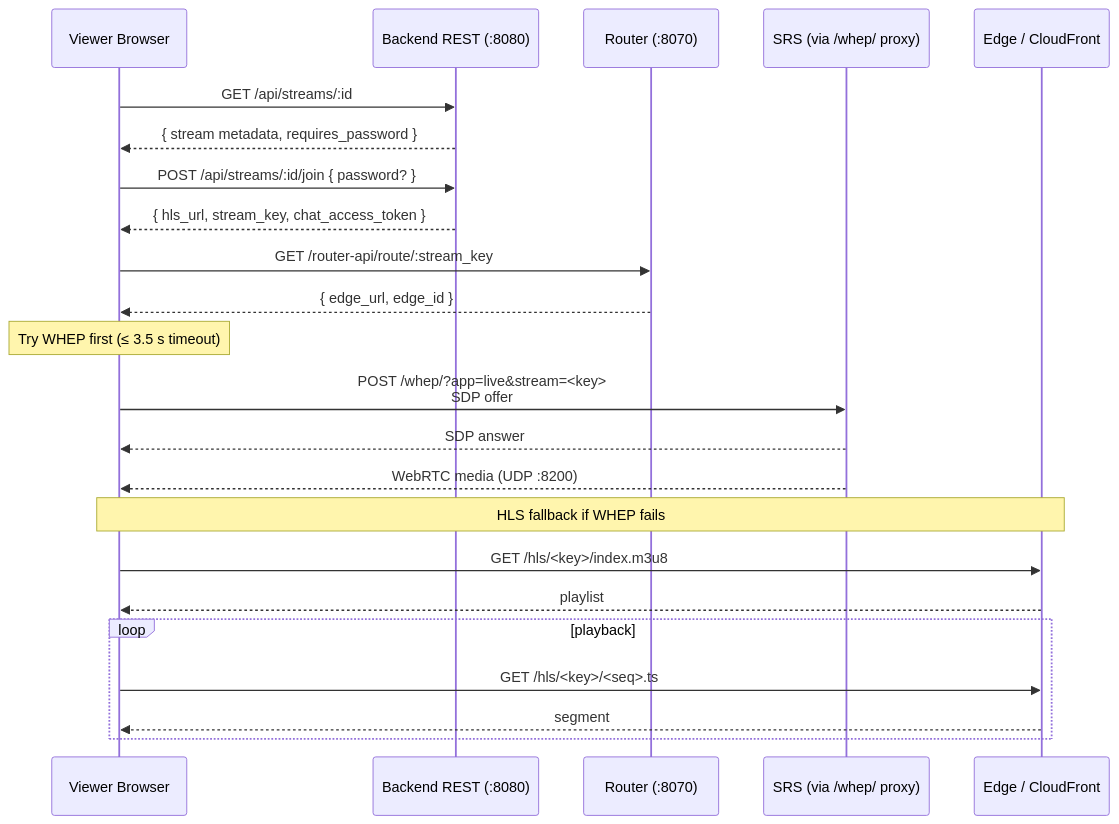
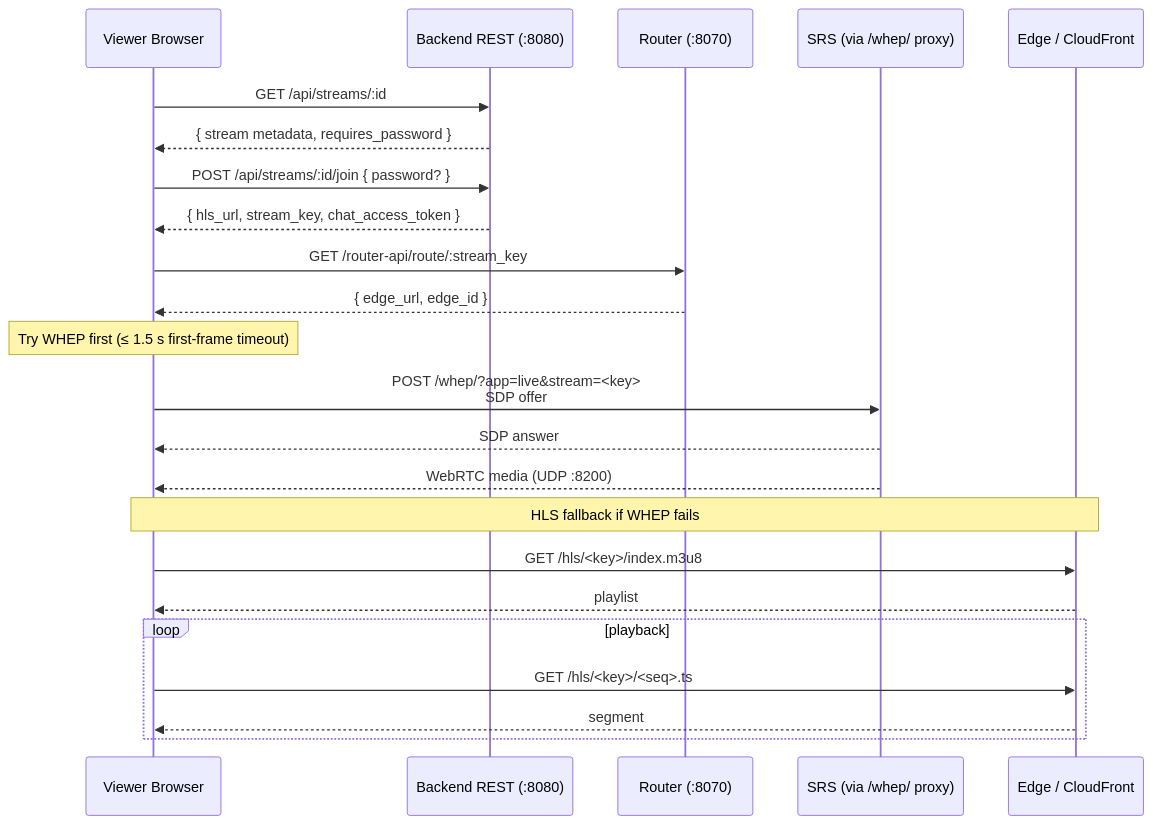
The sixth of 7 diagrams in docs/architecture.md (Dakotahernandez/fidget-livestreaming), drawn with Mermaid before and after one commit. The commit also changed other lines of this file and 10 other files, not shown here.

````diff
--- a/docs/architecture.md
+++ b/docs/architecture.md
@@ -312,29 +380,29 @@
 ```mermaid
 sequenceDiagram
     participant V as Viewer Browser
     participant REST as Backend REST (:8080)
     participant Router as Router (:8070)
     participant SRS as SRS (via /whep/ proxy)
     participant Edge as Edge / CloudFront
 
     V->>REST: GET /api/streams/:id
     REST-->>V: { stream metadata, requires_password }
     V->>REST: POST /api/streams/:id/join { password? }
     REST-->>V: { hls_url, stream_key, chat_access_token }
 
     V->>Router: GET /router-api/route/:stream_key
     Router-->>V: { edge_url, edge_id }
 
-    Note over V: Try WHEP first (≤ 3.5 s timeout)
+    Note over V: Try WHEP first (≤ 1.5 s first-frame timeout)
     V->>SRS: POST /whep/?app=live&stream=<key><br/>SDP offer
     SRS-->>V: SDP answer
     SRS-->>V: WebRTC media (UDP :8200)
 
     Note over V,Edge: HLS fallback if WHEP fails
     V->>Edge: GET /hls/<key>/index.m3u8
     Edge-->>V: playlist
     loop playback
         V->>Edge: GET /hls/<key>/<seq>.ts
         Edge-->>V: segment
     end
 ```
````
